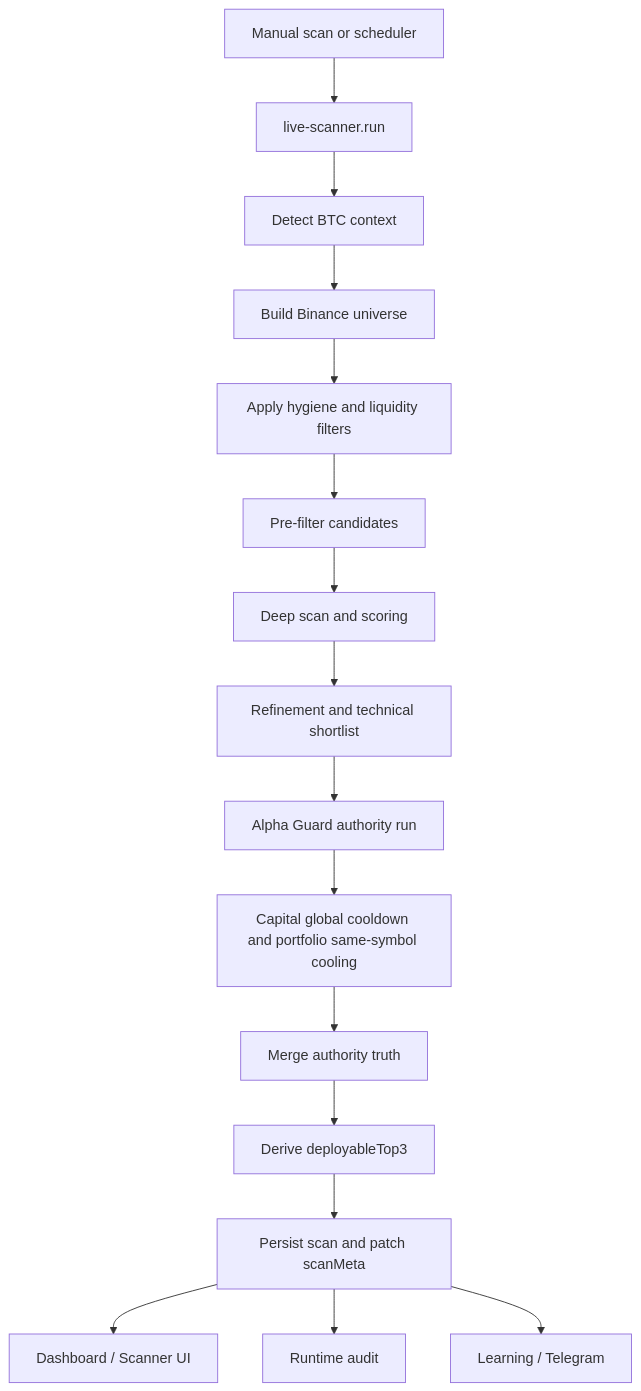
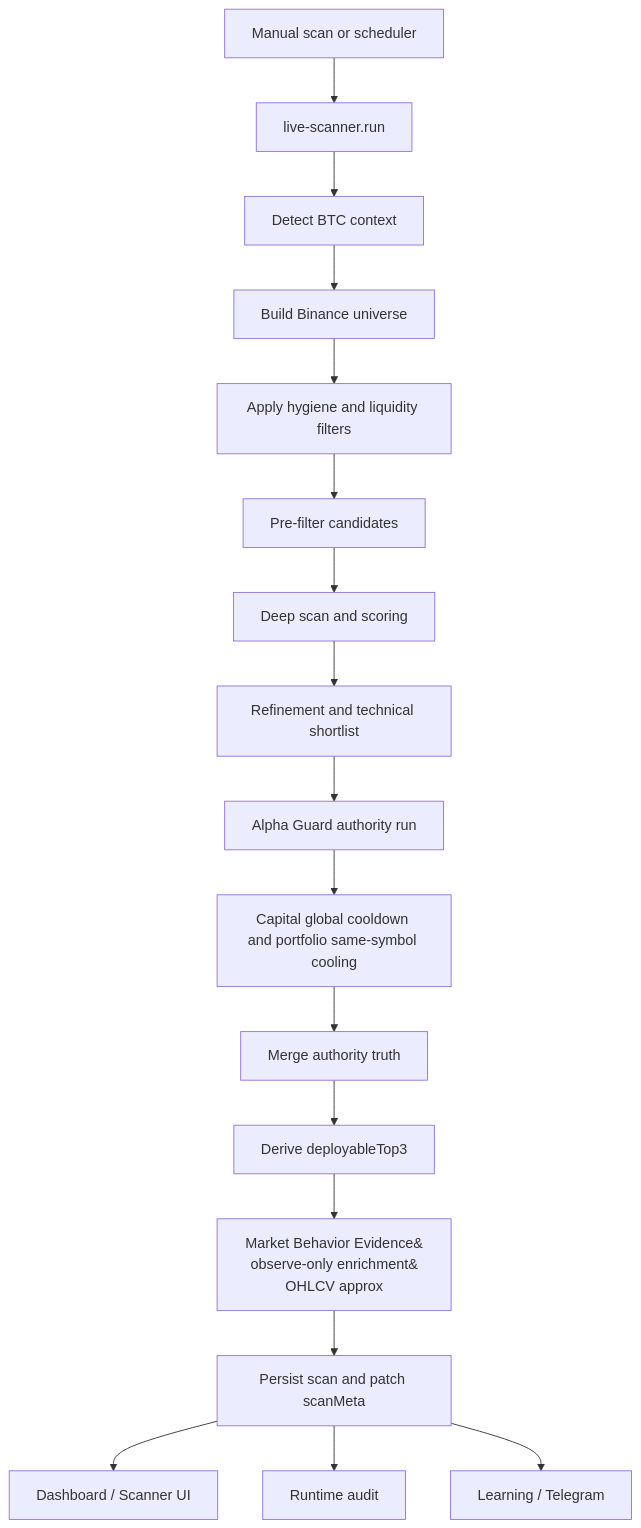
Before and after one commit to davidlukyvo/SystemTrader_Hybrid: the second of 4 diagrams in docs/system-map.md, drawn with Mermaid. The commit also changed other lines of this file and 31 other files, not shown here.

Commit message:
Add self-hosted runner and behavior evidence layer

````diff
--- a/docs/system-map.md
+++ b/docs/system-map.md
@@ -39,18 +41,19 @@
 ```mermaid
 flowchart TD
     A[Manual scan or scheduler] --> B[live-scanner.run]
     B --> C[Detect BTC context]
     C --> D[Build Binance universe]
     D --> E[Apply hygiene and liquidity filters]
     E --> F[Pre-filter candidates]
     F --> G[Deep scan and scoring]
     G --> H[Refinement and technical shortlist]
     H --> I[Alpha Guard authority run]
     I --> J[Capital global cooldown and portfolio same-symbol cooling]
     J --> K[Merge authority truth]
     K --> L[Derive deployableTop3]
-    L --> M[Persist scan and patch scanMeta]
+    L --> MBE["Market Behavior Evidence&#10;observe-only enrichment&#10;OHLCV approx"]
+    MBE --> M[Persist scan and patch scanMeta]
     M --> N[Dashboard / Scanner UI]
     M --> O[Runtime audit]
     M --> P[Learning / Telegram]
 ```
````
